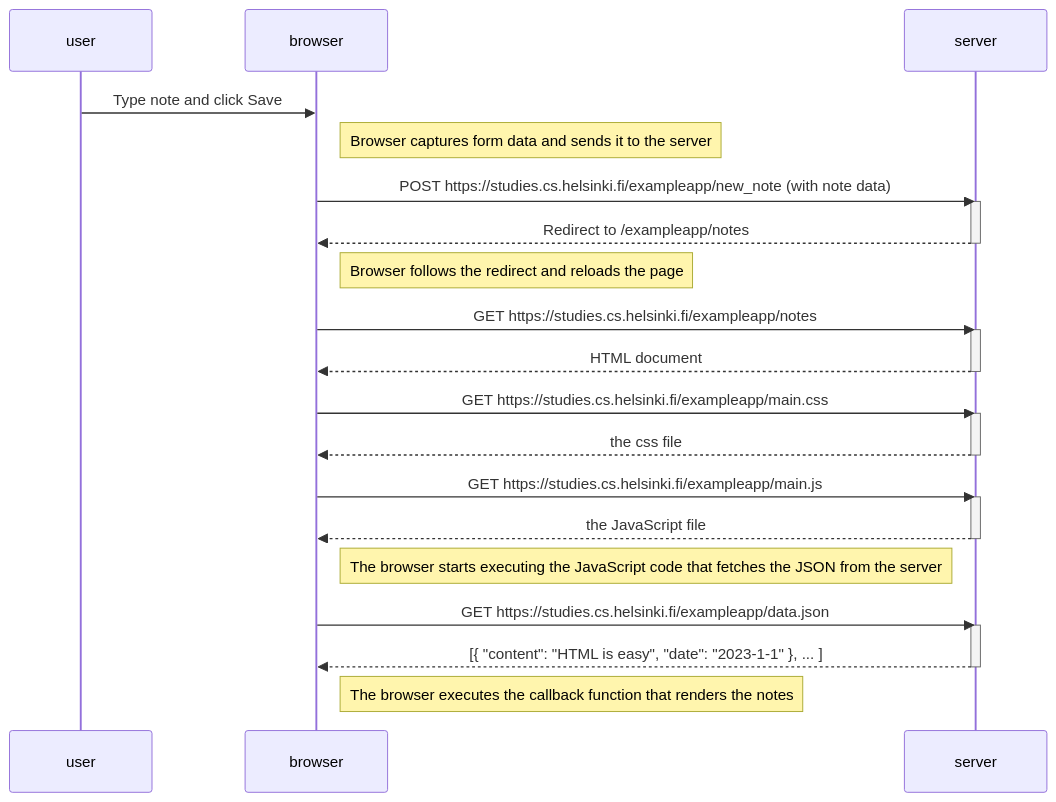
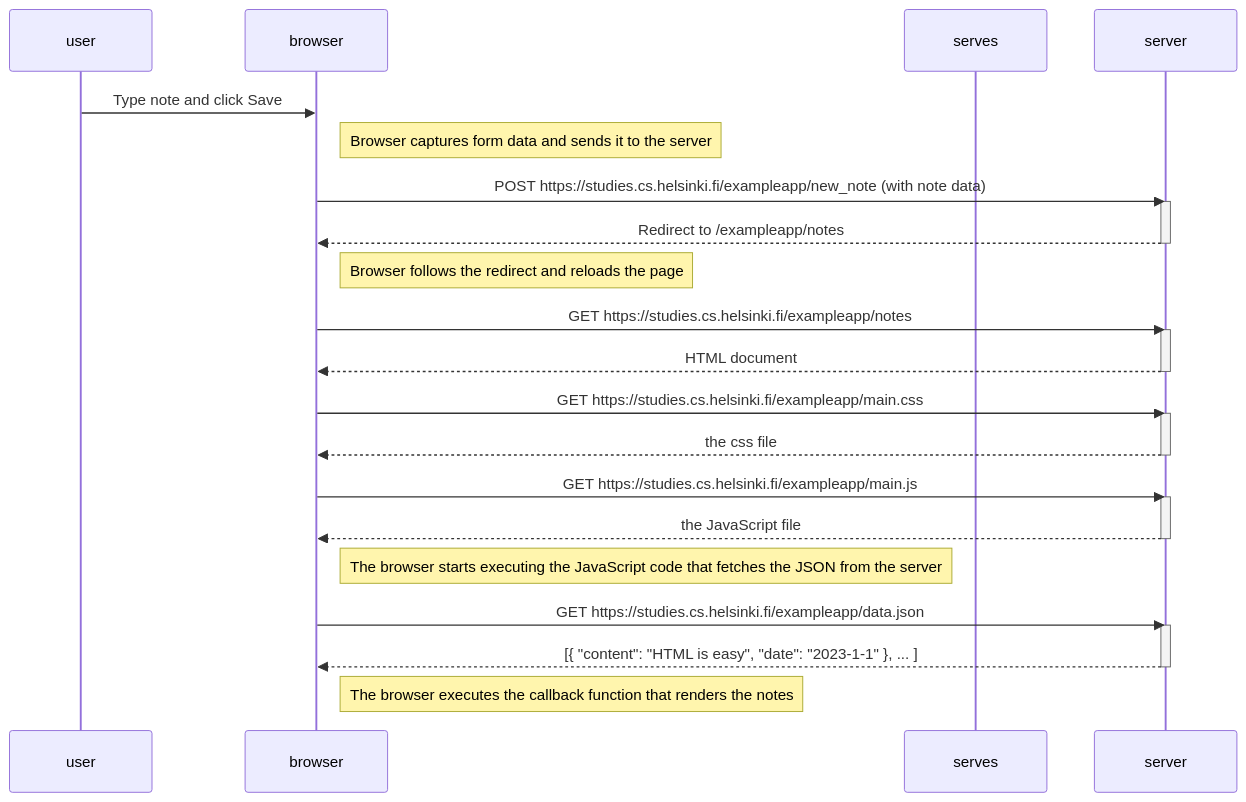
One commit to LazyFlex/FullStackOpen changed the diagram in part0/0-4.mmd. Above: the diagram before and after it, drawn with Mermaid.

Commit message:
modified:   part0/0-4.mmd

```diff
--- a/part0/0-4.mmd
+++ b/part0/0-4.mmd
@@ -1,38 +1,38 @@
 sequenceDiagram
     participant user
     participant browser
-    participant server
+    participant serves
 
     user->>browser: Type note and click Save
     Note right of browser: Browser captures form data and sends it to the server
 
     browser->>server: POST https://studies.cs.helsinki.fi/exampleapp/new_note (with note data)
     activate server
     server-->>browser: Redirect to /exampleapp/notes
     deactivate server
 
     Note right of browser: Browser follows the redirect and reloads the page
 
     browser->>server: GET https://studies.cs.helsinki.fi/exampleapp/notes
     activate server
     server-->>browser: HTML document
     deactivate server
 
     browser->>server: GET https://studies.cs.helsinki.fi/exampleapp/main.css
     activate server
     server-->>browser: the css file
     deactivate server
 
     browser->>server: GET https://studies.cs.helsinki.fi/exampleapp/main.js
     activate server
     server-->>browser: the JavaScript file
     deactivate server
 
     Note right of browser: The browser starts executing the JavaScript code that fetches the JSON from the server
 
     browser->>server: GET https://studies.cs.helsinki.fi/exampleapp/data.json
     activate server
     server-->>browser: [{ "content": "HTML is easy", "date": "2023-1-1" }, ... ]
     deactivate server
 
     Note right of browser: The browser executes the callback function that renders the notes
```
